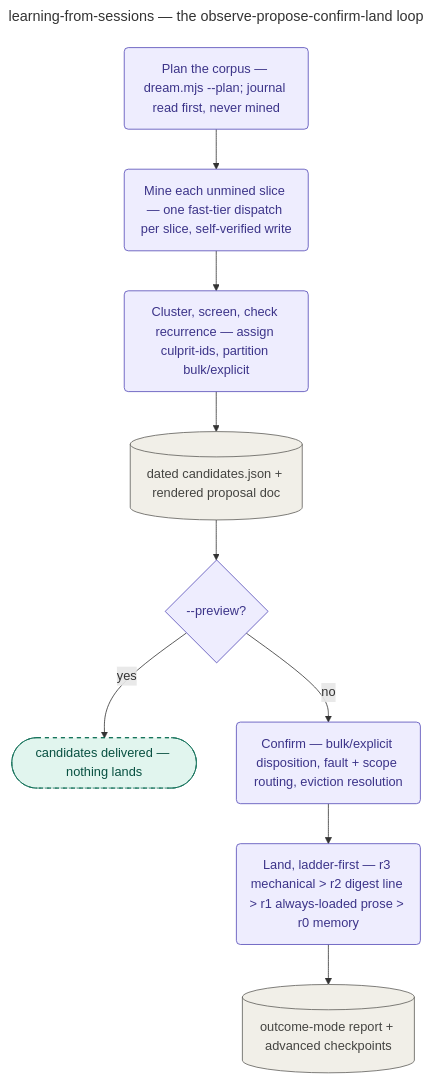
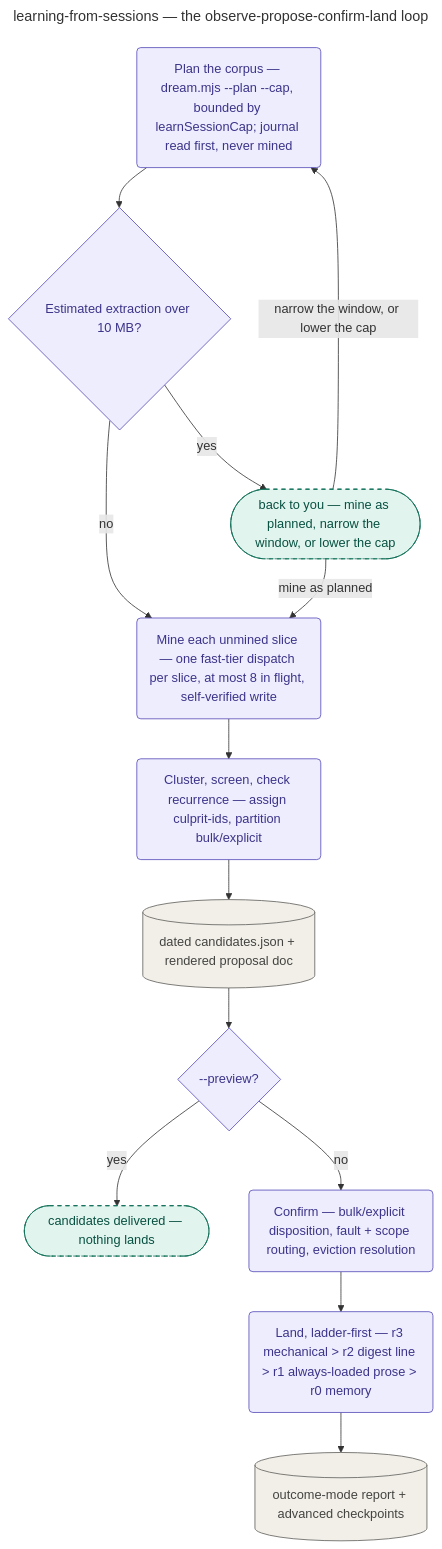
Before and after one commit to KonstantinRoehrl/devcycle: the diagram in docs/playbooks/learning-from-sessions/README.md, drawn with Mermaid. The commit also changed other lines of this file and 21 other files, not shown here.

First line of the commit message:
fix(learn): bound the corpus scan and stream session reads (#266)

````diff
--- a/docs/playbooks/learning-from-sessions/README.md
+++ b/docs/playbooks/learning-from-sessions/README.md
@@ -37,20 +43,25 @@
 ```mermaid
 ---
 title: learning-from-sessions — the observe-propose-confirm-land loop
-accDescr: Playbook-internal flowchart of the learn loop, from planning the corpus and mining unmined slices, through clustering, screening and recurrence-checking into a rendered candidate proposal, the --preview exit, and a default run's Confirm routing and ladder-first Land steps ending at the outcome-mode report.
+accDescr: Playbook-internal flowchart of the learn loop, from planning a capped corpus through the pre-dispatch gate on the estimated extraction size — whose answer either proceeds to mining or loops back to re-plan a narrower corpus — and mining unmined slices, then clustering, screening and recurrence-checking into a rendered candidate proposal, the --preview exit, and a default run's Confirm routing and ladder-first Land steps ending at the outcome-mode report.
 ---
 flowchart TD
-    PLAN("Plan the corpus — dream.mjs --plan; journal read first, never mined"):::stage
-    PLAN --> MINE("Mine each unmined slice — one fast-tier dispatch per slice, self-verified write"):::stage
+    PLAN("Plan the corpus — dream.mjs --plan --cap, bounded by learnSessionCap; journal read first, never mined"):::stage
+    PLAN --> GATE{"Estimated extraction over 10 MB?"}:::stage
+    GATE -->|yes| ASK(["back to you — mine as planned, narrow the window, or lower the cap"]):::tool
+    GATE -->|no| MINE
+    ASK -->|mine as planned| MINE
+    ASK -->|narrow the window, or lower the cap| PLAN
+    MINE("Mine each unmined slice — one fast-tier dispatch per slice, at most 8 in flight, self-verified write"):::stage
     MINE --> CLUSTER("Cluster, screen, check recurrence — assign culprit-ids, partition bulk/explicit"):::stage
     CLUSTER --> CANDFILE[("dated candidates.json + rendered proposal doc")]:::structural
     CANDFILE --> PREVIEW{"--preview?"}:::stage
     PREVIEW -->|yes| STOP(["candidates delivered — nothing lands"]):::tool
     PREVIEW -->|no| CONFIRM("Confirm — bulk/explicit disposition, fault + scope routing, eviction resolution"):::stage
     CONFIRM --> LAND("Land, ladder-first — r3 mechanical > r2 digest line > r1 always-loaded prose > r0 memory"):::stage
     LAND --> OUTCOME[("outcome-mode report + advanced checkpoints")]:::structural
 
     classDef stage fill:#EEEDFE,stroke:#534AB7,color:#3C3489;
     classDef tool fill:#E1F5EE,stroke:#0F6E56,color:#085041,stroke-dasharray:5 5;
     classDef structural fill:#F1EFE8,stroke:#5F5E5A,color:#444441;
 ```
````
